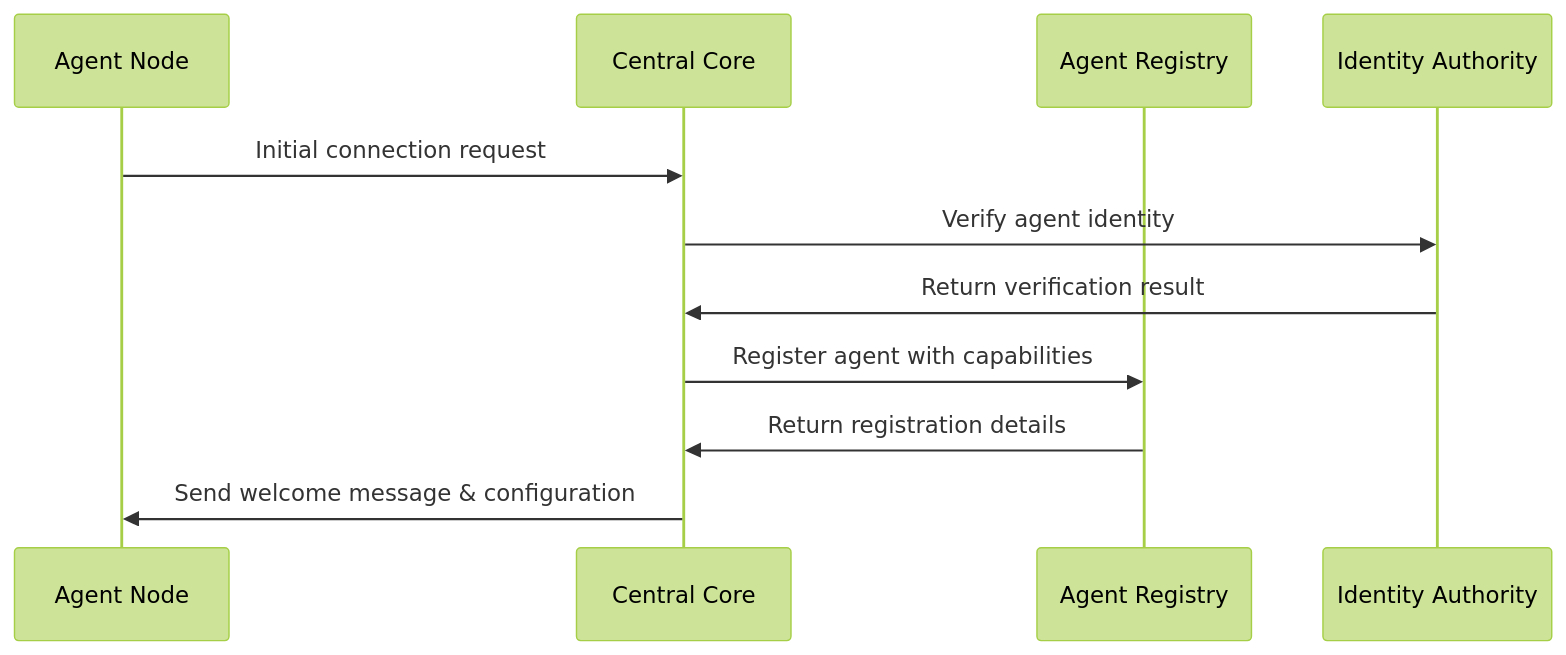
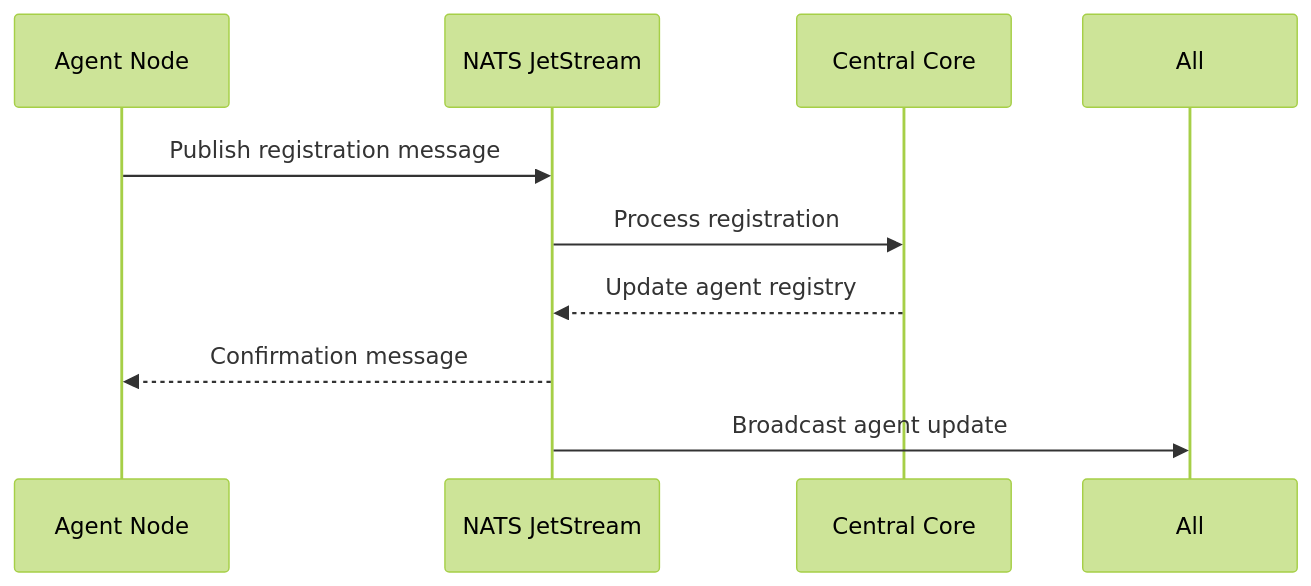
The first of 3 diagrams in ARCHITECTURE_OVERVIEW.md (kanishkkumarsingh2004/DAIE), drawn with Mermaid (forest theme) before and after one commit. The commit also changed other lines of this file and 23 other files, not shown here.

First line of the commit message:
feat: Add coordination layer with NATS JetStream support

````diff
--- a/ARCHITECTURE_OVERVIEW.md
+++ b/ARCHITECTURE_OVERVIEW.md
@@ -160,14 +116,12 @@
 ```mermaid
 sequenceDiagram
     participant Agent as Agent Node
+    participant NATS as NATS JetStream
     participant Core as Central Core
-    participant Registry as Agent Registry
-    participant Identity as Identity Authority
     
-    Agent->>Core: Initial connection request
-    Core->>Identity: Verify agent identity
-    Identity->>Core: Return verification result
-    Core->>Registry: Register agent with capabilities
-    Registry->>Core: Return registration details
-    Core->>Agent: Send welcome message & configuration
+    Agent->>NATS: Publish registration message
+    NATS->>Core: Process registration
+    Core-->>NATS: Update agent registry
+    NATS-->>Agent: Confirmation message
+    NATS->>All: Broadcast agent update
 ```
````
